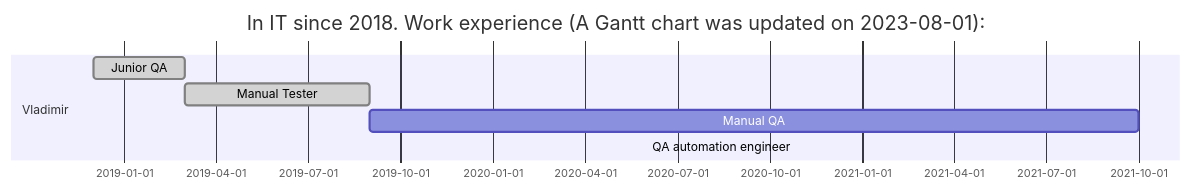
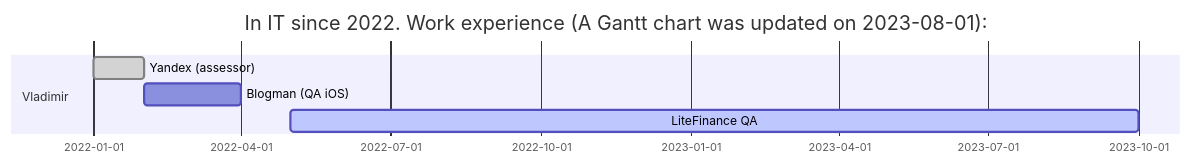
One commit to A-d-am/A-d-am changed the diagram in README.md. Above: the diagram before and after it, drawn with Mermaid. The commit also changed other lines of this file, not shown here.

````diff
--- a/README.md
+++ b/README.md
@@ -7,10 +7,9 @@
 ```mermaid
   gantt 
-    title In IT since 2018. Work experience (A Gantt chart was updated on 2023-08-01):
+    title In IT since 2022. Work experience (A Gantt chart was updated on 2023-08-01):
     dateFormat  YYYY-MM
     section Vladimir
-    Junior QA         :done, 2018-12, 90d
-    Manual Tester	  :done, 2019-03, 2019-09
-    Manual QA         :after, 2019-09, 2021-10
-    QA automation engineer     :active, 2020-06, current
+    Yandex (assessor)        :done, 2022-01, 2022-02
+    Blogman (QA iOS)	  :after, 2022-02, 2022-04
+    LiteFinance QA         :active, 2022-05, 2023-10
 ```
````
